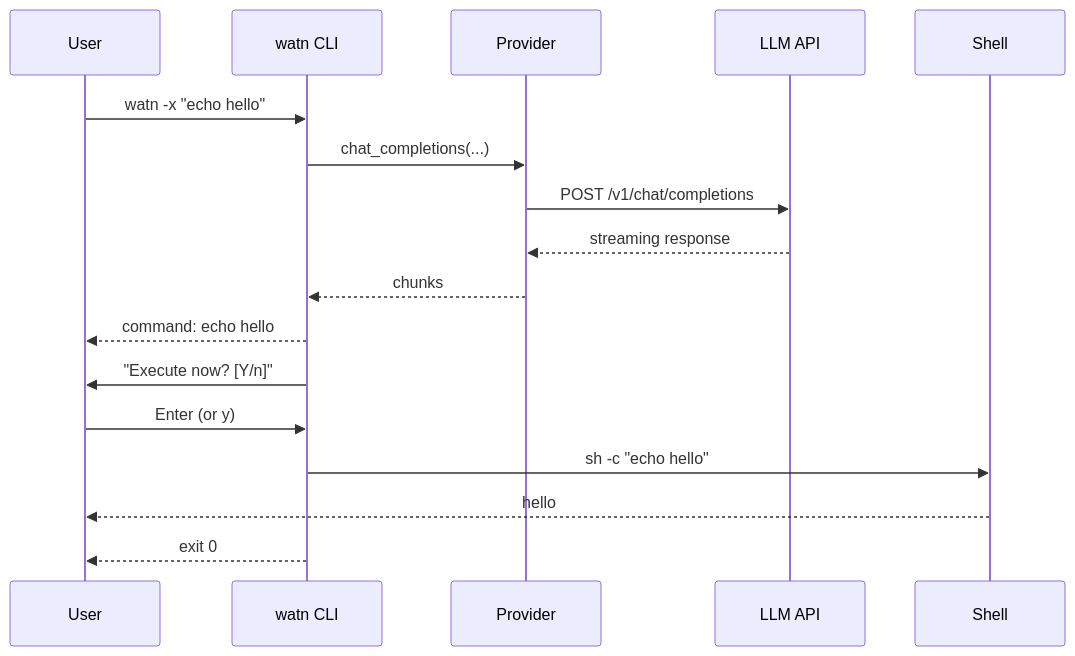
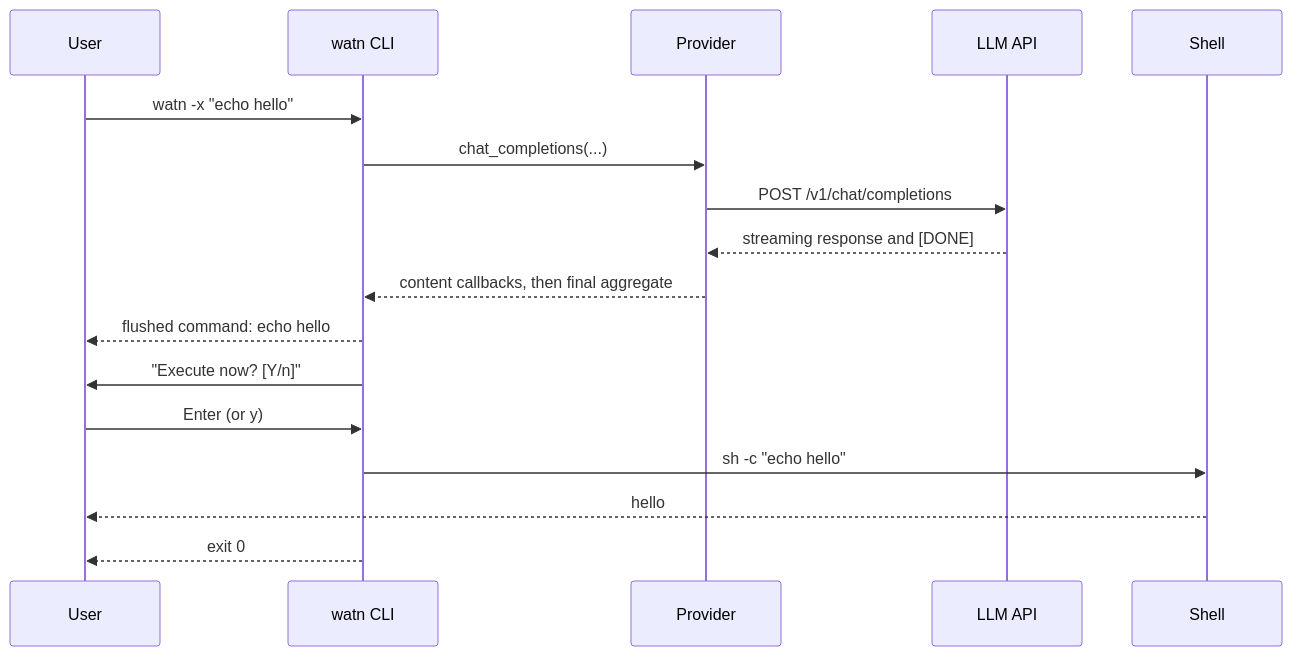
One commit to buster/watn changed the second of 16 diagrams in docs/arc42/06-runtime-view.md. Above: the diagram before and after it, drawn with Mermaid. The commit also changed other lines of this file and 27 other files, not shown here.

````diff
--- a/docs/arc42/06-runtime-view.md
+++ b/docs/arc42/06-runtime-view.md
@@ -47,20 +50,20 @@
 ```mermaid
 sequenceDiagram
     participant User as User
     participant CLI as watn CLI
     participant Prov as Provider
     participant API as LLM API
     participant Shell as Shell
 
     User->>CLI: watn -x "echo hello"
     CLI->>Prov: chat_completions(...)
     Prov->>API: POST /v1/chat/completions
-    API-->>Prov: streaming response
-    Prov-->>CLI: chunks
-    CLI-->>User: command: echo hello
+    API-->>Prov: streaming response and [DONE]
+    Prov-->>CLI: content callbacks, then final aggregate
+    CLI-->>User: flushed command: echo hello
     CLI->>User: "Execute now? [Y/n]"
     User->>CLI: Enter (or y)
     CLI->>Shell: sh -c "echo hello"
     Shell-->>User: hello
     CLI-->>User: exit 0
 ```
````
